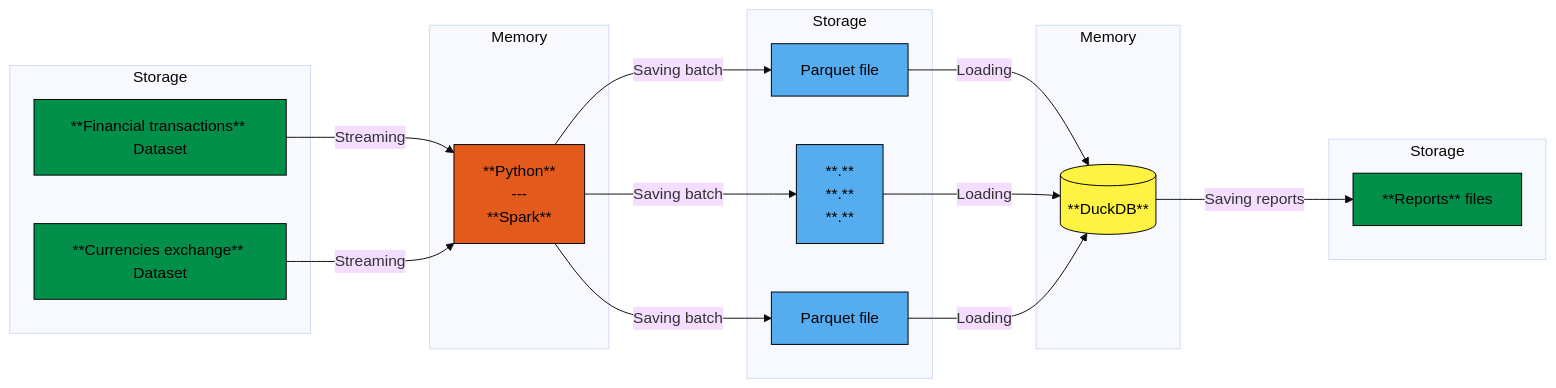
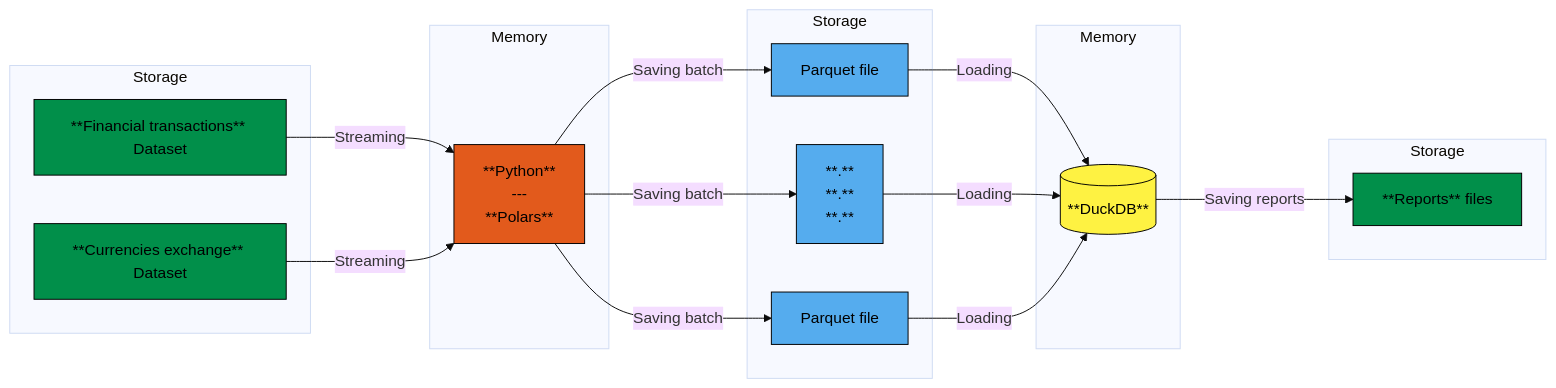
The diagram in README.md (LugolBis/data-financial), drawn with Mermaid (base theme) before and after one commit. The commit also changed other lines of this file, not shown here.

````diff
--- a/README.md
+++ b/README.md
@@ -9,44 +9,44 @@
 ```mermaid
 flowchart LR
-    A[**Financial transactions** Dataset] -->|Streaming| C[**Python** <br>--- <br> **Spark**]
-    B[**Currencies exchange** Dataset] -->|Streaming| C[**Python** <br>--- <br> **Spark**]
+    A[**Financial transactions** Dataset] -->|Streaming| C[**Python** <br>--- <br> **Polars**]
+    B[**Currencies exchange** Dataset] -->|Streaming| C[**Python** <br>--- <br> **Polars**]
     C -->|Saving batch| D0[Parquet file]
     C -->|Saving batch| D1[**.**<br>**.**<br> **.**]
     C -->|Saving batch| D2[Parquet file]
     D0 -->|Loading| E[(**DuckDB**)]
     D1 -->|Loading| E[(**DuckDB**)]
     D2 -->|Loading| E[(**DuckDB**)]
     E -->|Saving reports| F[**Reports** files]
 
     subgraph Extraction [Storage]
         A
         B
     end
 
     subgraph Processing [Memory]
         C
     end
 
     subgraph Save [Storage]
         D0
         D1
         D2
     end
 
     subgraph DBInMemory [Memory]
         E
     end
 
     subgraph Reports [Storage]
         F
     end
     
     style A fill:#018f4a,stroke:#000000,color:#000000,stroke-width:1px
     style B fill:#018f4a,stroke:#000000,color:#000000,stroke-width:1px
     style C fill:#e25a1c,stroke:#000000,color:#000000,stroke-width:1px
     style D0 fill:#55acee,stroke:#000000,color:#000000,stroke-width:1px
     style D1 fill:#55acee,stroke:#000000,color:#000000,stroke-width:1px
     style D2 fill:#55acee,stroke:#000000,color:#000000,stroke-width:1px
     style E fill:#fef242,stroke:#000000,color:#000000,stroke-width:1px
     style F fill:#018f4a,stroke:#000000,color:#000000,stroke-width:1px
 ```
````
